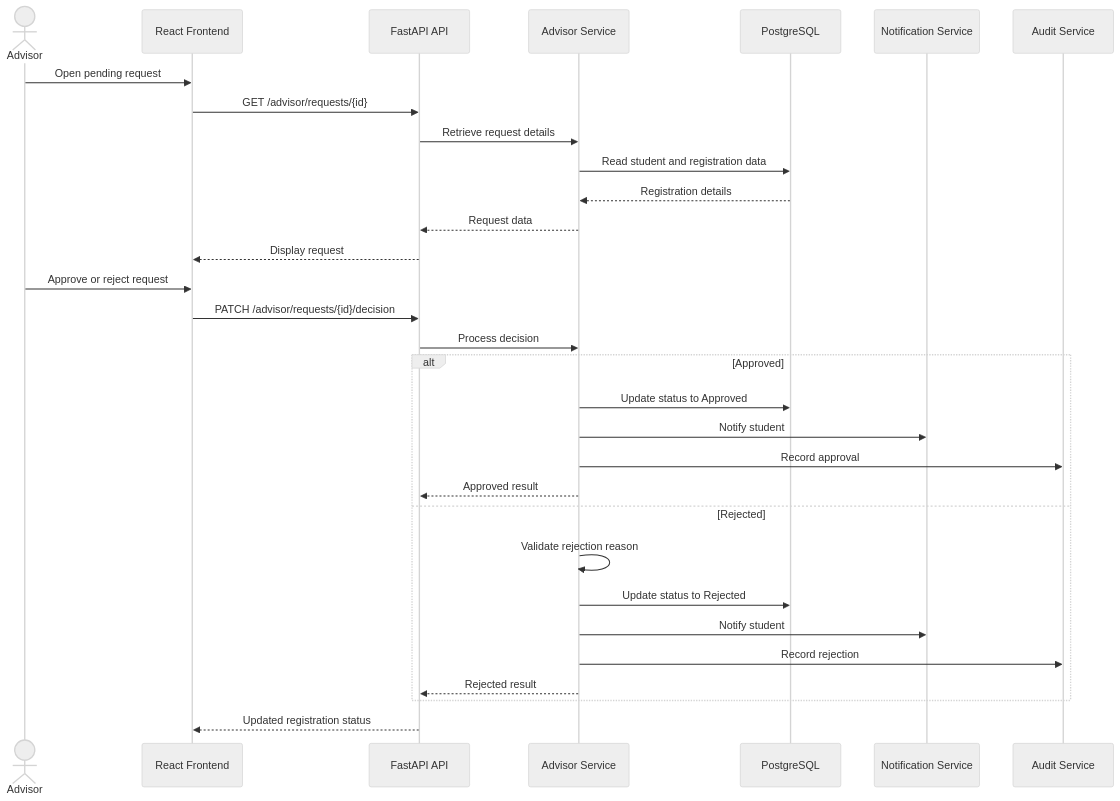
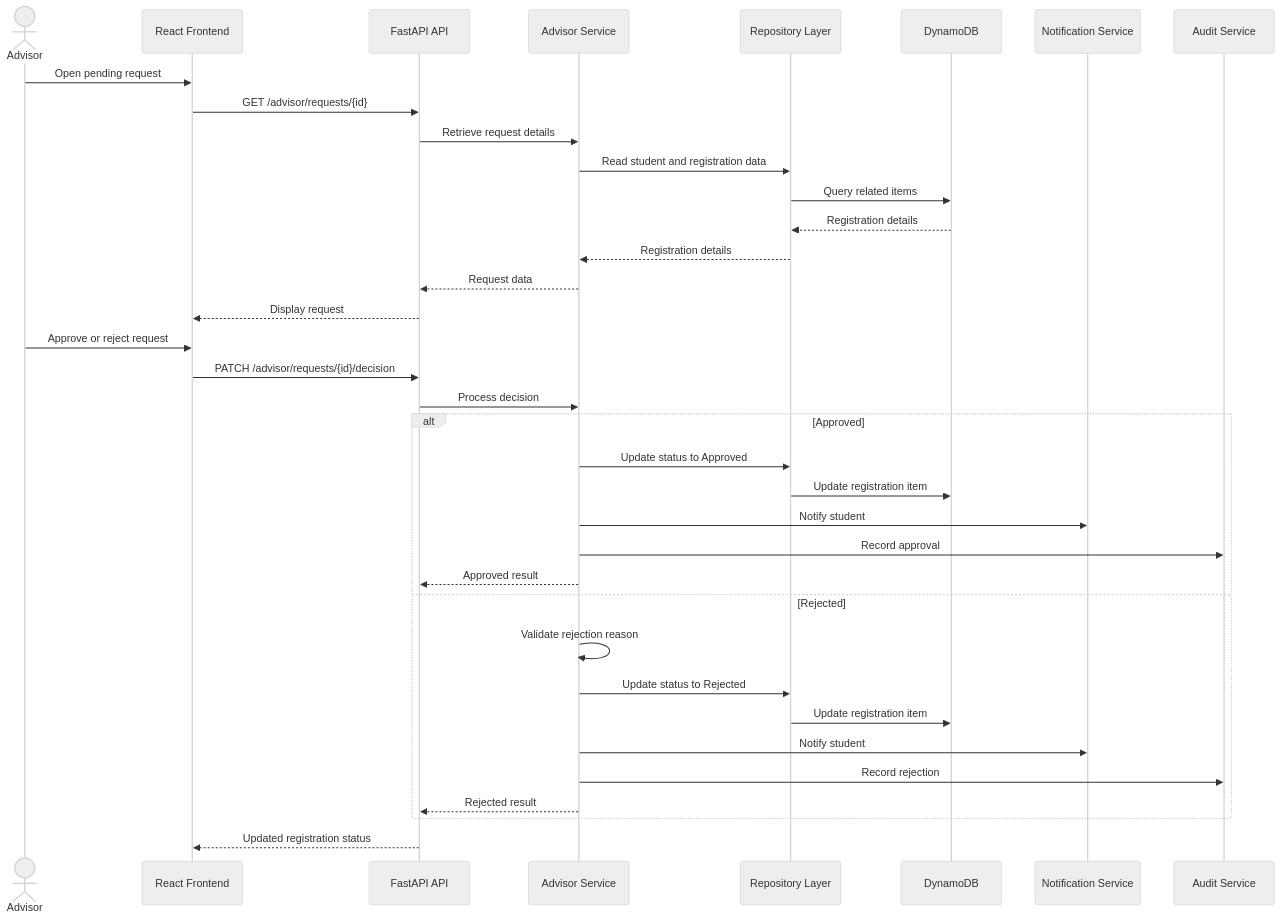
The fifth of 7 diagrams in docs/19-system-design.md (SS-Munna/CourseReg-wa), drawn with Mermaid (neutral theme) before and after one commit. The commit also changed other lines of this file and 9 other files, not shown here.

````diff
--- a/docs/19-system-design.md
+++ b/docs/19-system-design.md
@@ -666,37 +707,42 @@
 ```mermaid
 sequenceDiagram
     actor Advisor
     participant UI as React Frontend
     participant API as FastAPI API
     participant AS as Advisor Service
-    participant DB as PostgreSQL
+    participant Repo as Repository Layer
+    participant DB as DynamoDB
     participant NS as Notification Service
     participant AL as Audit Service
 
     Advisor->>UI: Open pending request
     UI->>API: GET /advisor/requests/{id}
     API->>AS: Retrieve request details
-    AS->>DB: Read student and registration data
-    DB-->>AS: Registration details
+    AS->>Repo: Read student and registration data
+    Repo->>DB: Query related items
+    DB-->>Repo: Registration details
+    Repo-->>AS: Registration details
     AS-->>API: Request data
     API-->>UI: Display request
 
     Advisor->>UI: Approve or reject request
     UI->>API: PATCH /advisor/requests/{id}/decision
     API->>AS: Process decision
 
     alt Approved
-        AS->>DB: Update status to Approved
+        AS->>Repo: Update status to Approved
+        Repo->>DB: Update registration item
         AS->>NS: Notify student
         AS->>AL: Record approval
         AS-->>API: Approved result
     else Rejected
         AS->>AS: Validate rejection reason
-        AS->>DB: Update status to Rejected
+        AS->>Repo: Update status to Rejected
+        Repo->>DB: Update registration item
         AS->>NS: Notify student
         AS->>AL: Record rejection
         AS-->>API: Rejected result
     end
 
     API-->>UI: Updated registration status
 ```
````
